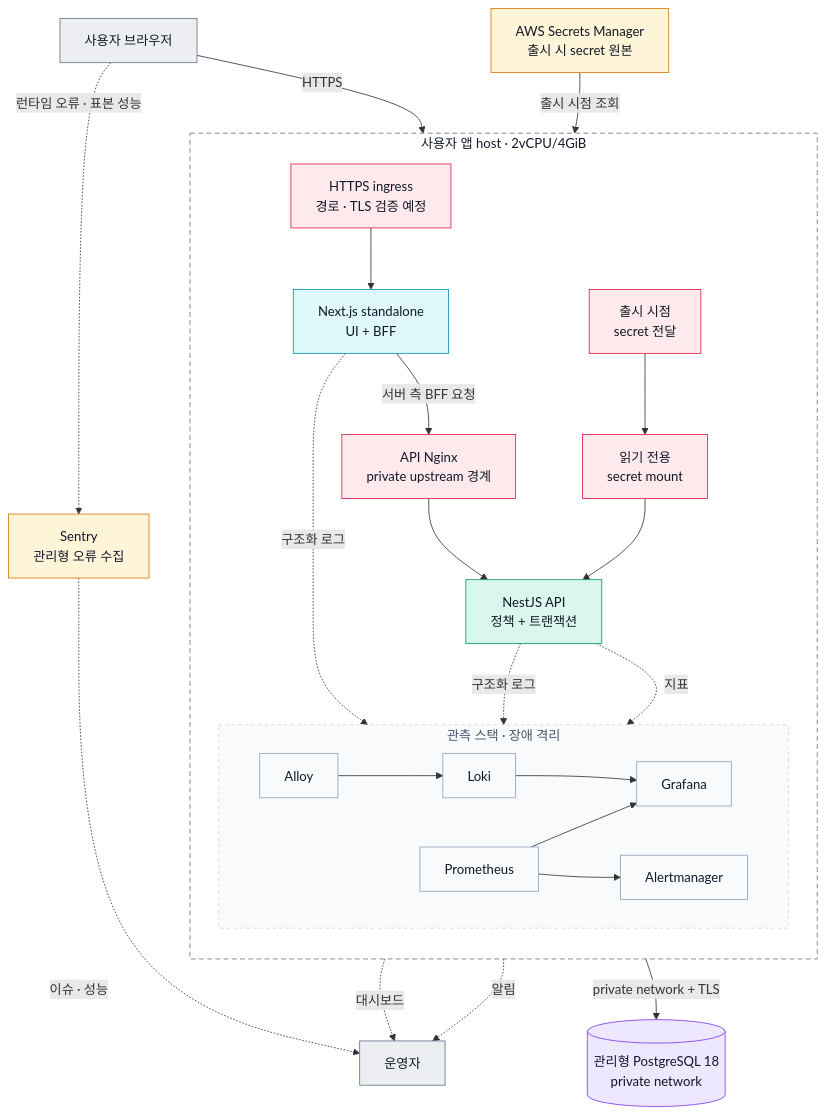
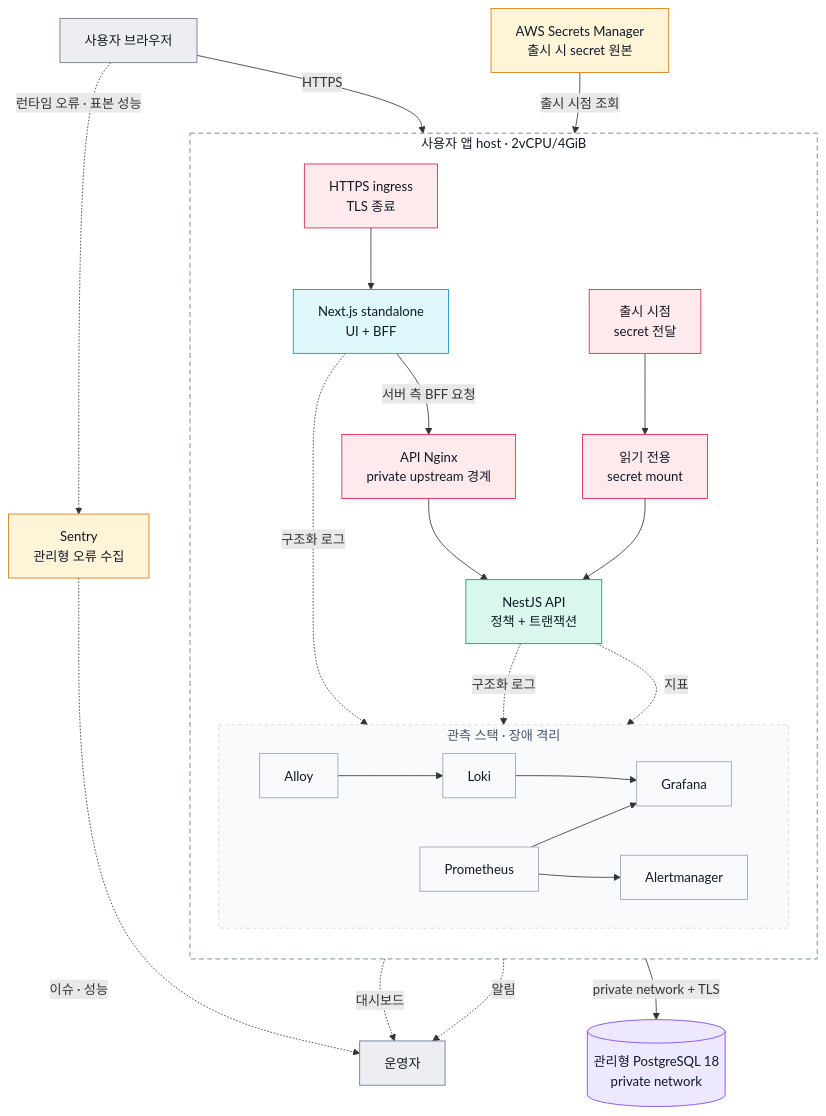
Before and after one commit to woohyun365/dormduri: the diagram in docs/architecture/platform/production-runtime-topology.md, drawn with Mermaid. The commit also changed other lines of this file and 8 other files, not shown here.

````diff
--- a/docs/architecture/platform/production-runtime-topology.md
+++ b/docs/architecture/platform/production-runtime-topology.md
@@ -37,58 +73,58 @@
 ```mermaid
 flowchart TB
     Browser[사용자 브라우저]:::external
     Secrets[AWS Secrets Manager<br/>출시 시 secret 원본]:::cloud
     RDS[(관리형 PostgreSQL 18<br/>private network)]:::database
     Sentry[Sentry<br/>관리형 오류 수집]:::cloud
     Operator[운영자]:::external
 
     subgraph UserHost[사용자 앱 host · 2vCPU/4GiB]
         direction TB
-        Ingress[HTTPS ingress<br/>경로 · TLS 검증 예정]:::security
+        Ingress[HTTPS ingress<br/>TLS 종료]:::security
         Web[Next.js standalone<br/>UI + BFF]:::frontend
         ApiIngress[API Nginx<br/>private upstream 경계]:::security
         API[NestJS API<br/>정책 + 트랜잭션]:::backend
         SecretDelivery[출시 시점<br/>secret 전달]:::security
         SecretMount[읽기 전용<br/>secret mount]:::security
 
         subgraph Observability[관측 스택 · 장애 격리]
             direction LR
             Alloy[Alloy]:::ops
             Loki[Loki]:::ops
             Prometheus[Prometheus]:::ops
             Grafana[Grafana]:::ops
             Alertmanager[Alertmanager]:::ops
         end
 
         Ingress --> Web
         Web -->|서버 측 BFF 요청| ApiIngress
         ApiIngress --> API
         SecretDelivery --> SecretMount
         SecretMount --> API
         Web -. 구조화 로그 .-> Alloy
         API -. 구조화 로그 .-> Alloy
         Alloy --> Loki
         API -. 지표 .-> Prometheus
         Loki --> Grafana
         Prometheus --> Grafana
         Prometheus --> Alertmanager
     end
 
     Browser -->|HTTPS| Ingress
     Browser -. 런타임 오류 · 표본 성능 .-> Sentry
     Secrets -->|출시 시점 조회| SecretDelivery
     API -->|private network + TLS| RDS
     Grafana -. 대시보드 .-> Operator
     Alertmanager -. 알림 .-> Operator
     Sentry -. 이슈 · 성능 .-> Operator
 
     classDef frontend fill:#def8fc,stroke:#0891b2,color:#111827
     classDef backend fill:#daf7ed,stroke:#059669,color:#111827
     classDef database fill:#ede8fe,stroke:#7c3aed,color:#111827
     classDef cloud fill:#fef4d8,stroke:#d97706,color:#111827
     classDef security fill:#feeaed,stroke:#e11d48,color:#111827
     classDef external fill:#eceef2,stroke:#64748b,color:#111827
     classDef ops fill:#f8fafc,stroke:#94a3b8,color:#111827
     style UserHost fill:#ffffff,stroke:#64748b,stroke-dasharray:6 4,color:#111827
     style Observability fill:#f8fafc,stroke:#cbd5e1,stroke-dasharray:4 4,color:#475569
 ```
````
